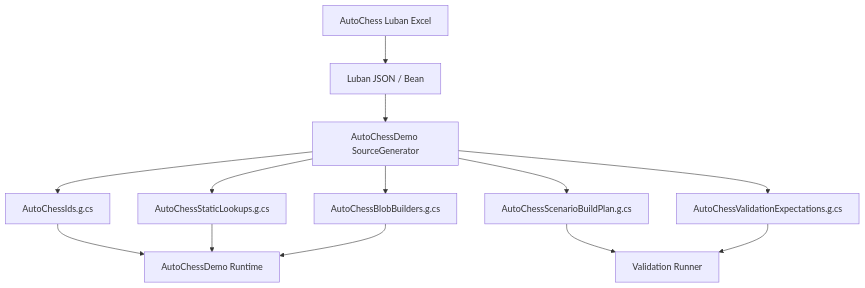
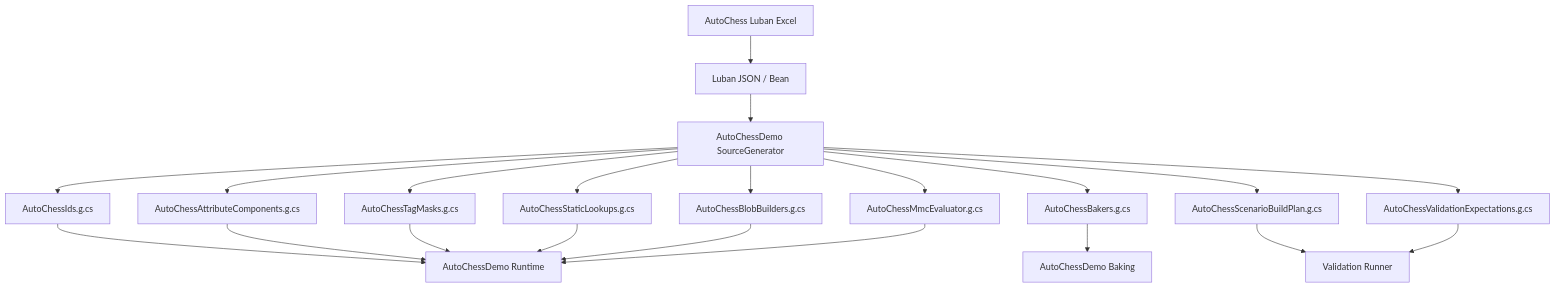
One commit to Bo-ki/gameplay-ability-system-for-unity changed the first of 2 diagrams in 方案讨论/针对2.0的ECS架构的迭代方案讨论/01-目标态架构共识/11-AutoChessDemo-Luban配置方案Spec.md. Above: the diagram before and after it, drawn with Mermaid. The commit also changed other lines of this file and 151 other files, not shown here.

````diff
--- a/方案讨论/针对2.0的ECS架构的迭代方案讨论/01-目标态架构共识/11-AutoChessDemo-Luban配置方案Spec.md
+++ b/方案讨论/针对2.0的ECS架构的迭代方案讨论/01-目标态架构共识/11-AutoChessDemo-Luban配置方案Spec.md
@@ -253,15 +259,23 @@
 ```mermaid
 flowchart TD
     Excel["AutoChess Luban Excel"] --> Luban["Luban JSON / Bean"]
     Luban --> Gen["AutoChessDemo SourceGenerator"]
     Gen --> Ids["AutoChessIds.g.cs"]
+    Gen --> Attrs["AutoChessAttributeComponents.g.cs"]
+    Gen --> Tags["AutoChessTagMasks.g.cs"]
     Gen --> Lookups["AutoChessStaticLookups.g.cs"]
     Gen --> Blobs["AutoChessBlobBuilders.g.cs"]
+    Gen --> Mmc["AutoChessMmcEvaluator.g.cs"]
+    Gen --> Bakers["AutoChessBakers.g.cs"]
     Gen --> Scenario["AutoChessScenarioBuildPlan.g.cs"]
     Gen --> Validate["AutoChessValidationExpectations.g.cs"]
     Ids --> Runtime["AutoChessDemo Runtime"]
+    Attrs --> Runtime
+    Tags --> Runtime
     Lookups --> Runtime
     Blobs --> Runtime
+    Mmc --> Runtime
+    Bakers --> Baking["AutoChessDemo Baking"]
     Scenario --> Validation["Validation Runner"]
     Validate --> Validation
 ```
````
